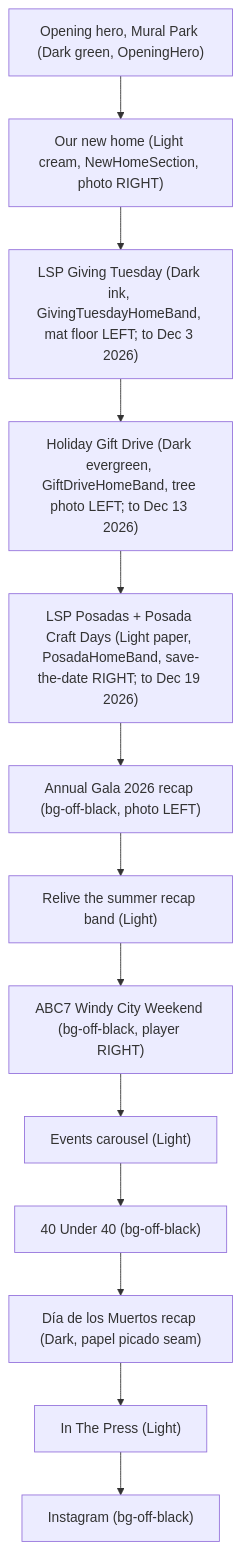
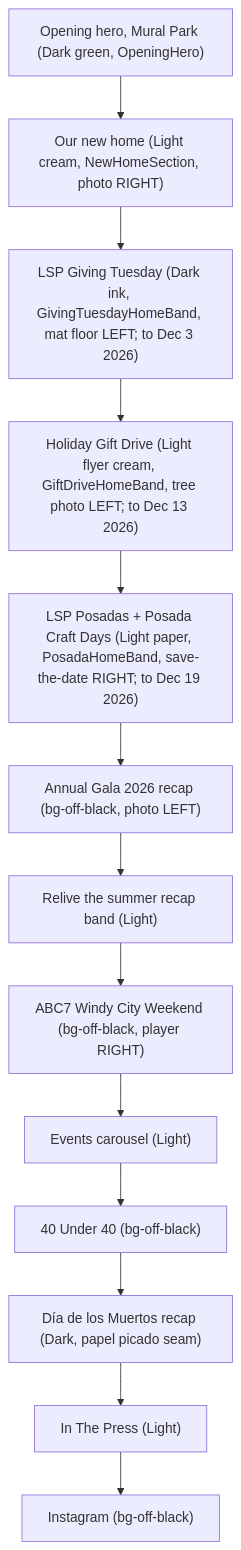
Before and after one commit to awaisqazi/latinasweatproject: the first of 3 diagrams in design.md, drawn with Mermaid. The commit also changed other lines of this file and 16 other files, not shown here.

First line of the commit message:
Holiday Gift Drive: match the team's flyer

````diff
--- a/design.md
+++ b/design.md
@@ -34,15 +34,15 @@
 ```mermaid
 graph TD
     Hero["Opening hero, Mural Park (Dark green, OpeningHero)"] --> Sec1["Our new home (Light cream, NewHomeSection, photo RIGHT)"]
     Sec1 --> Sec2["LSP Giving Tuesday (Dark ink, GivingTuesdayHomeBand, mat floor LEFT; to Dec 3 2026)"]
-    Sec2 --> Sec2b["Holiday Gift Drive (Dark evergreen, GiftDriveHomeBand, tree photo LEFT; to Dec 13 2026)"]
+    Sec2 --> Sec2b["Holiday Gift Drive (Light flyer cream, GiftDriveHomeBand, tree photo LEFT; to Dec 13 2026)"]
     Sec2b --> Sec3["LSP Posadas + Posada Craft Days (Light paper, PosadaHomeBand, save-the-date RIGHT; to Dec 19 2026)"]
     Sec3 --> Sec4["Annual Gala 2026 recap (bg-off-black, photo LEFT)"]
     Sec4 --> Sec5["Relive the summer recap band (Light)"]
     Sec5 --> Sec6["ABC7 Windy City Weekend (bg-off-black, player RIGHT)"]
     Sec6 --> Sec7["Events carousel (Light)"]
     Sec7 --> Sec8["40 Under 40 (bg-off-black)"]
     Sec8 --> Sec9["Día de los Muertos recap (Dark, papel picado seam)"]
     Sec9 --> Sec10["In The Press (Light)"]
     Sec10 --> Sec11["Instagram (bg-off-black)"]
 ```
````
